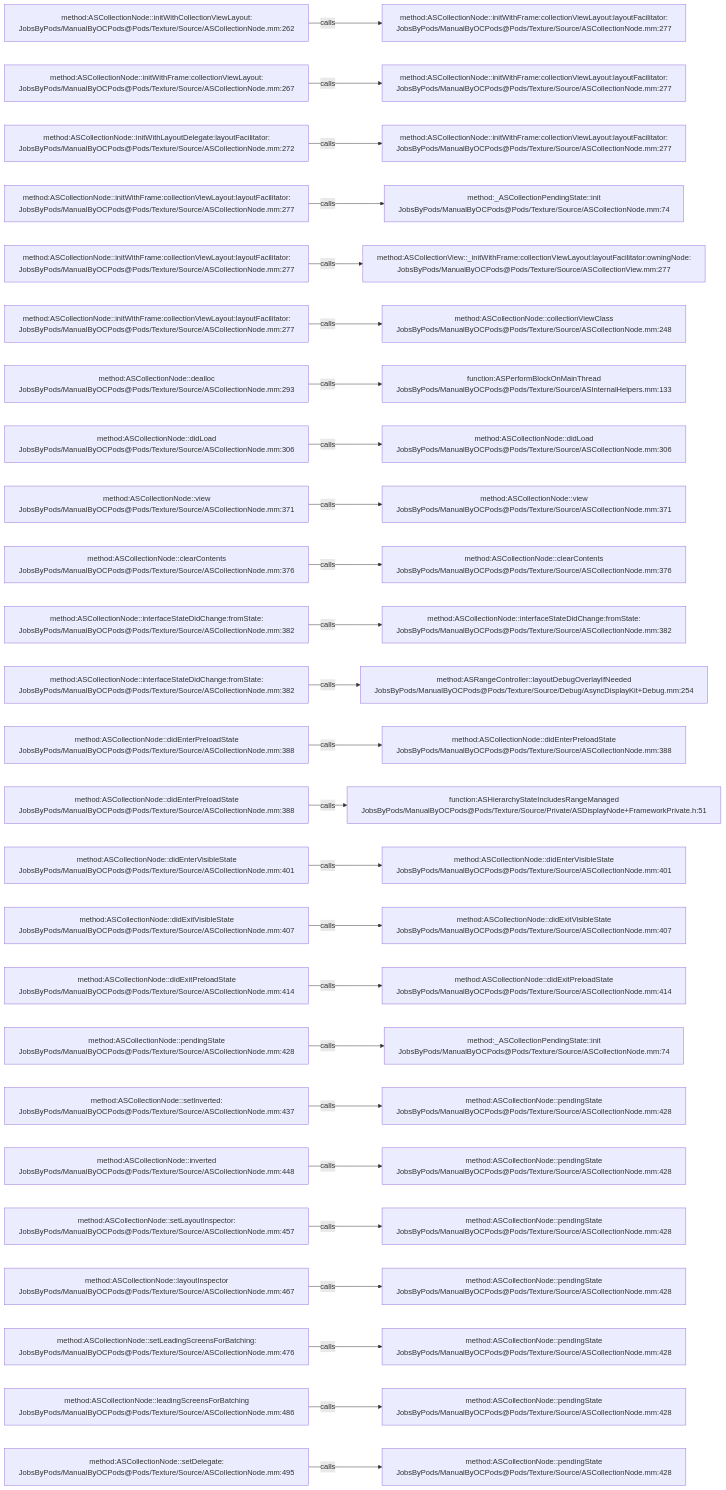
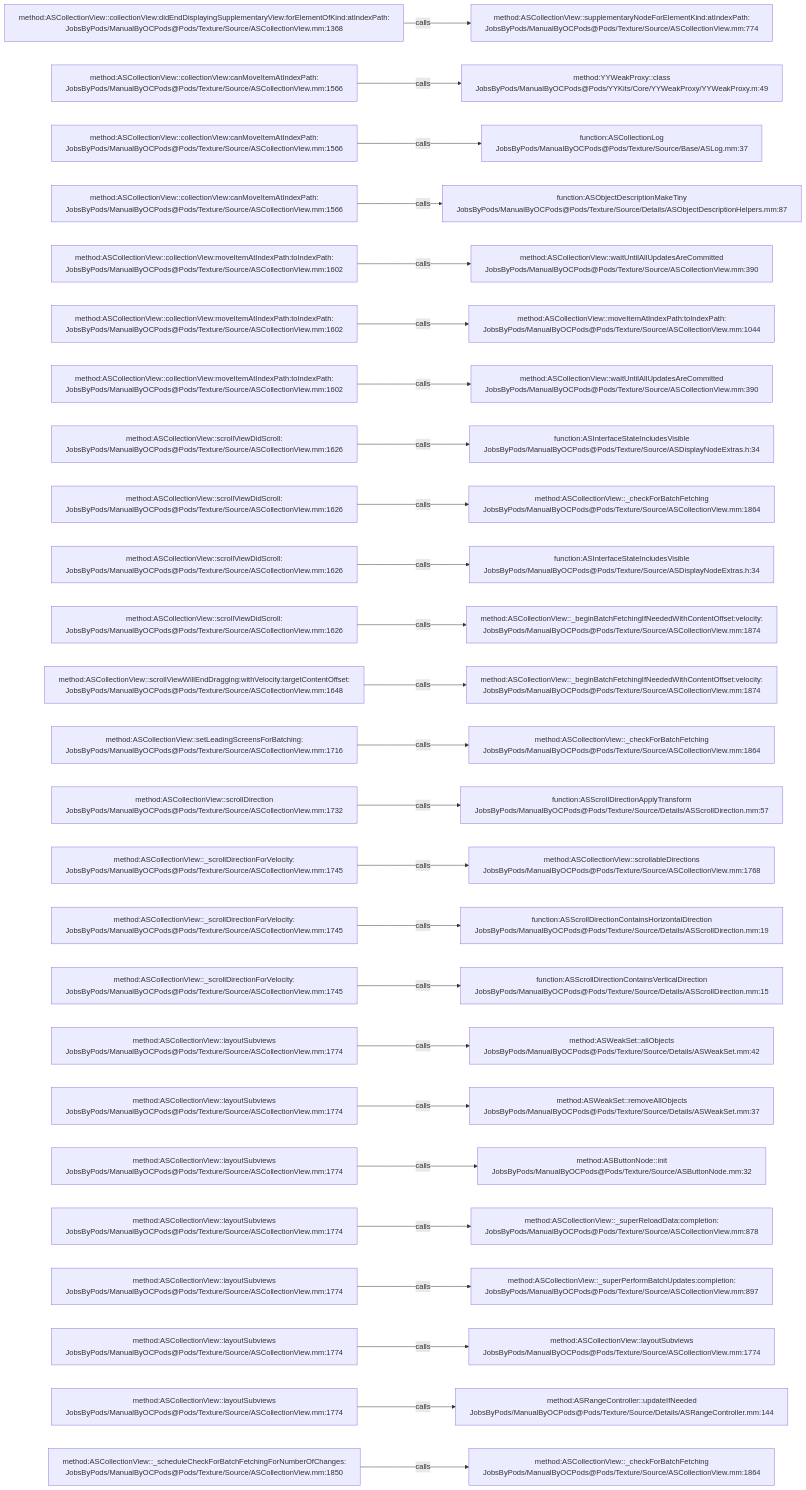
One commit to JobsKits/JobsOCBaseConfigDemo changed the diagram in .codegraph/codegraph.md/graphs/calls-084.md. Above: the diagram before and after it, drawn with Mermaid. The commit also changed 1223 other files, not shown here.

````diff
--- a/.codegraph/codegraph.md/graphs/calls-084.md
+++ b/.codegraph/codegraph.md/graphs/calls-084.md
@@ -13,78 +13,78 @@
 ```mermaid
 flowchart LR
-  S1["method:ASCollectionNode::initWithCollectionViewLayout:<br/>JobsByPods/ManualByOCPods@Pods/Texture/Source/ASCollectionNode.mm:262"]
-  T1["method:ASCollectionNode::initWithFrame:collectionViewLayout:layoutFacilitator:<br/>JobsByPods/ManualByOCPods@Pods/Texture/Source/ASCollectionNode.mm:277"]
+  S1["method:ASCollectionView::collectionView:didEndDisplayingSupplementaryView:forElementOfKind:atIndexPath:<br/>JobsByPods/ManualByOCPods@Pods/Texture/Source/ASCollectionView.mm:1368"]
+  T1["method:ASCollectionView::supplementaryNodeForElementKind:atIndexPath:<br/>JobsByPods/ManualByOCPods@Pods/Texture/Source/ASCollectionView.mm:774"]
   S1 -->|calls| T1
-  S2["method:ASCollectionNode::initWithFrame:collectionViewLayout:<br/>JobsByPods/ManualByOCPods@Pods/Texture/Source/ASCollectionNode.mm:267"]
-  T2["method:ASCollectionNode::initWithFrame:collectionViewLayout:layoutFacilitator:<br/>JobsByPods/ManualByOCPods@Pods/Texture/Source/ASCollectionNode.mm:277"]
+  S2["method:ASCollectionView::collectionView:canMoveItemAtIndexPath:<br/>JobsByPods/ManualByOCPods@Pods/Texture/Source/ASCollectionView.mm:1566"]
+  T2["method:YYWeakProxy::class<br/>JobsByPods/ManualByOCPods@Pods/YYKits/Core/YYWeakProxy/YYWeakProxy.m:49"]
   S2 -->|calls| T2
-  S3["method:ASCollectionNode::initWithLayoutDelegate:layoutFacilitator:<br/>JobsByPods/ManualByOCPods@Pods/Texture/Source/ASCollectionNode.mm:272"]
-  T3["method:ASCollectionNode::initWithFrame:collectionViewLayout:layoutFacilitator:<br/>JobsByPods/ManualByOCPods@Pods/Texture/Source/ASCollectionNode.mm:277"]
+  S3["method:ASCollectionView::collectionView:canMoveItemAtIndexPath:<br/>JobsByPods/ManualByOCPods@Pods/Texture/Source/ASCollectionView.mm:1566"]
+  T3["function:ASCollectionLog<br/>JobsByPods/ManualByOCPods@Pods/Texture/Source/Base/ASLog.mm:37"]
   S3 -->|calls| T3
-  S4["method:ASCollectionNode::initWithFrame:collectionViewLayout:layoutFacilitator:<br/>JobsByPods/ManualByOCPods@Pods/Texture/Source/ASCollectionNode.mm:277"]
-  T4["method:_ASCollectionPendingState::init<br/>JobsByPods/ManualByOCPods@Pods/Texture/Source/ASCollectionNode.mm:74"]
+  S4["method:ASCollectionView::collectionView:canMoveItemAtIndexPath:<br/>JobsByPods/ManualByOCPods@Pods/Texture/Source/ASCollectionView.mm:1566"]
+  T4["function:ASObjectDescriptionMakeTiny<br/>JobsByPods/ManualByOCPods@Pods/Texture/Source/Details/ASObjectDescriptionHelpers.mm:87"]
   S4 -->|calls| T4
-  S5["method:ASCollectionNode::initWithFrame:collectionViewLayout:layoutFacilitator:<br/>JobsByPods/ManualByOCPods@Pods/Texture/Source/ASCollectionNode.mm:277"]
-  T5["method:ASCollectionView::_initWithFrame:collectionViewLayout:layoutFacilitator:owningNode:<br/>JobsByPods/ManualByOCPods@Pods/Texture/Source/ASCollectionView.mm:277"]
+  S5["method:ASCollectionView::collectionView:moveItemAtIndexPath:toIndexPath:<br/>JobsByPods/ManualByOCPods@Pods/Texture/Source/ASCollectionView.mm:1602"]
+  T5["method:ASCollectionView::waitUntilAllUpdatesAreCommitted<br/>JobsByPods/ManualByOCPods@Pods/Texture/Source/ASCollectionView.mm:390"]
   S5 -->|calls| T5
-  S6["method:ASCollectionNode::initWithFrame:collectionViewLayout:layoutFacilitator:<br/>JobsByPods/ManualByOCPods@Pods/Texture/Source/ASCollectionNode.mm:277"]
-  T6["method:ASCollectionNode::collectionViewClass<br/>JobsByPods/ManualByOCPods@Pods/Texture/Source/ASCollectionNode.mm:248"]
+  S6["method:ASCollectionView::collectionView:moveItemAtIndexPath:toIndexPath:<br/>JobsByPods/ManualByOCPods@Pods/Texture/Source/ASCollectionView.mm:1602"]
+  T6["method:ASCollectionView::moveItemAtIndexPath:toIndexPath:<br/>JobsByPods/ManualByOCPods@Pods/Texture/Source/ASCollectionView.mm:1044"]
   S6 -->|calls| T6
-  S7["method:ASCollectionNode::dealloc<br/>JobsByPods/ManualByOCPods@Pods/Texture/Source/ASCollectionNode.mm:293"]
-  T7["function:ASPerformBlockOnMainThread<br/>JobsByPods/ManualByOCPods@Pods/Texture/Source/ASInternalHelpers.mm:133"]
+  S7["method:ASCollectionView::collectionView:moveItemAtIndexPath:toIndexPath:<br/>JobsByPods/ManualByOCPods@Pods/Texture/Source/ASCollectionView.mm:1602"]
+  T7["method:ASCollectionView::waitUntilAllUpdatesAreCommitted<br/>JobsByPods/ManualByOCPods@Pods/Texture/Source/ASCollectionView.mm:390"]
   S7 -->|calls| T7
-  S8["method:ASCollectionNode::didLoad<br/>JobsByPods/ManualByOCPods@Pods/Texture/Source/ASCollectionNode.mm:306"]
-  T8["method:ASCollectionNode::didLoad<br/>JobsByPods/ManualByOCPods@Pods/Texture/Source/ASCollectionNode.mm:306"]
+  S8["method:ASCollectionView::scrollViewDidScroll:<br/>JobsByPods/ManualByOCPods@Pods/Texture/Source/ASCollectionView.mm:1626"]
+  T8["function:ASInterfaceStateIncludesVisible<br/>JobsByPods/ManualByOCPods@Pods/Texture/Source/ASDisplayNodeExtras.h:34"]
   S8 -->|calls| T8
-  S9["method:ASCollectionNode::view<br/>JobsByPods/ManualByOCPods@Pods/Texture/Source/ASCollectionNode.mm:371"]
-  T9["method:ASCollectionNode::view<br/>JobsByPods/ManualByOCPods@Pods/Texture/Source/ASCollectionNode.mm:371"]
+  S9["method:ASCollectionView::scrollViewDidScroll:<br/>JobsByPods/ManualByOCPods@Pods/Texture/Source/ASCollectionView.mm:1626"]
+  T9["method:ASCollectionView::_checkForBatchFetching<br/>JobsByPods/ManualByOCPods@Pods/Texture/Source/ASCollectionView.mm:1864"]
   S9 -->|calls| T9
-  S10["method:ASCollectionNode::clearContents<br/>JobsByPods/ManualByOCPods@Pods/Texture/Source/ASCollectionNode.mm:376"]
-  T10["method:ASCollectionNode::clearContents<br/>JobsByPods/ManualByOCPods@Pods/Texture/Source/ASCollectionNode.mm:376"]
+  S10["method:ASCollectionView::scrollViewDidScroll:<br/>JobsByPods/ManualByOCPods@Pods/Texture/Source/ASCollectionView.mm:1626"]
+  T10["function:ASInterfaceStateIncludesVisible<br/>JobsByPods/ManualByOCPods@Pods/Texture/Source/ASDisplayNodeExtras.h:34"]
   S10 -->|calls| T10
-  S11["method:ASCollectionNode::interfaceStateDidChange:fromState:<br/>JobsByPods/ManualByOCPods@Pods/Texture/Source/ASCollectionNode.mm:382"]
-  T11["method:ASCollectionNode::interfaceStateDidChange:fromState:<br/>JobsByPods/ManualByOCPods@Pods/Texture/Source/ASCollectionNode.mm:382"]
+  S11["method:ASCollectionView::scrollViewDidScroll:<br/>JobsByPods/ManualByOCPods@Pods/Texture/Source/ASCollectionView.mm:1626"]
+  T11["method:ASCollectionView::_beginBatchFetchingIfNeededWithContentOffset:velocity:<br/>JobsByPods/ManualByOCPods@Pods/Texture/Source/ASCollectionView.mm:1874"]
   S11 -->|calls| T11
-  S12["method:ASCollectionNode::interfaceStateDidChange:fromState:<br/>JobsByPods/ManualByOCPods@Pods/Texture/Source/ASCollectionNode.mm:382"]
-  T12["method:ASRangeController::layoutDebugOverlayIfNeeded<br/>JobsByPods/ManualByOCPods@Pods/Texture/Source/Debug/AsyncDisplayKit+Debug.mm:254"]
+  S12["method:ASCollectionView::scrollViewWillEndDragging:withVelocity:targetContentOffset:<br/>JobsByPods/ManualByOCPods@Pods/Texture/Source/ASCollectionView.mm:1648"]
+  T12["method:ASCollectionView::_beginBatchFetchingIfNeededWithContentOffset:velocity:<br/>JobsByPods/ManualByOCPods@Pods/Texture/Source/ASCollectionView.mm:1874"]
   S12 -->|calls| T12
-  S13["method:ASCollectionNode::didEnterPreloadState<br/>JobsByPods/ManualByOCPods@Pods/Texture/Source/ASCollectionNode.mm:388"]
-  T13["method:ASCollectionNode::didEnterPreloadState<br/>JobsByPods/ManualByOCPods@Pods/Texture/Source/ASCollectionNode.mm:388"]
+  S13["method:ASCollectionView::setLeadingScreensForBatching:<br/>JobsByPods/ManualByOCPods@Pods/Texture/Source/ASCollectionView.mm:1716"]
+  T13["method:ASCollectionView::_checkForBatchFetching<br/>JobsByPods/ManualByOCPods@Pods/Texture/Source/ASCollectionView.mm:1864"]
   S13 -->|calls| T13
-  S14["method:ASCollectionNode::didEnterPreloadState<br/>JobsByPods/ManualByOCPods@Pods/Texture/Source/ASCollectionNode.mm:388"]
-  T14["function:ASHierarchyStateIncludesRangeManaged<br/>JobsByPods/ManualByOCPods@Pods/Texture/Source/Private/ASDisplayNode+FrameworkPrivate.h:51"]
+  S14["method:ASCollectionView::scrollDirection<br/>JobsByPods/ManualByOCPods@Pods/Texture/Source/ASCollectionView.mm:1732"]
+  T14["function:ASScrollDirectionApplyTransform<br/>JobsByPods/ManualByOCPods@Pods/Texture/Source/Details/ASScrollDirection.mm:57"]
   S14 -->|calls| T14
-  S15["method:ASCollectionNode::didEnterVisibleState<br/>JobsByPods/ManualByOCPods@Pods/Texture/Source/ASCollectionNode.mm:401"]
-  T15["method:ASCollectionNode::didEnterVisibleState<br/>JobsByPods/ManualByOCPods@Pods/Texture/Source/ASCollectionNode.mm:401"]
+  S15["method:ASCollectionView::_scrollDirectionForVelocity:<br/>JobsByPods/ManualByOCPods@Pods/Texture/Source/ASCollectionView.mm:1745"]
+  T15["method:ASCollectionView::scrollableDirections<br/>JobsByPods/ManualByOCPods@Pods/Texture/Source/ASCollectionView.mm:1768"]
   S15 -->|calls| T15
-  S16["method:ASCollectionNode::didExitVisibleState<br/>JobsByPods/ManualByOCPods@Pods/Texture/Source/ASCollectionNode.mm:407"]
-  T16["method:ASCollectionNode::didExitVisibleState<br/>JobsByPods/ManualByOCPods@Pods/Texture/Source/ASCollectionNode.mm:407"]
+  S16["method:ASCollectionView::_scrollDirectionForVelocity:<br/>JobsByPods/ManualByOCPods@Pods/Texture/Source/ASCollectionView.mm:1745"]
+  T16["function:ASScrollDirectionContainsHorizontalDirection<br/>JobsByPods/ManualByOCPods@Pods/Texture/Source/Details/ASScrollDirection.mm:19"]
   S16 -->|calls| T16
-  S17["method:ASCollectionNode::didExitPreloadState<br/>JobsByPods/ManualByOCPods@Pods/Texture/Source/ASCollectionNode.mm:414"]
-  T17["method:ASCollectionNode::didExitPreloadState<br/>JobsByPods/ManualByOCPods@Pods/Texture/Source/ASCollectionNode.mm:414"]
+  S17["method:ASCollectionView::_scrollDirectionForVelocity:<br/>JobsByPods/ManualByOCPods@Pods/Texture/Source/ASCollectionView.mm:1745"]
+  T17["function:ASScrollDirectionContainsVerticalDirection<br/>JobsByPods/ManualByOCPods@Pods/Texture/Source/Details/ASScrollDirection.mm:15"]
   S17 -->|calls| T17
-  S18["method:ASCollectionNode::pendingState<br/>JobsByPods/ManualByOCPods@Pods/Texture/Source/ASCollectionNode.mm:428"]
-  T18["method:_ASCollectionPendingState::init<br/>JobsByPods/ManualByOCPods@Pods/Texture/Source/ASCollectionNode.mm:74"]
+  S18["method:ASCollectionView::layoutSubviews<br/>JobsByPods/ManualByOCPods@Pods/Texture/Source/ASCollectionView.mm:1774"]
+  T18["method:ASWeakSet::allObjects<br/>JobsByPods/ManualByOCPods@Pods/Texture/Source/Details/ASWeakSet.mm:42"]
   S18 -->|calls| T18
-  S19["method:ASCollectionNode::setInverted:<br/>JobsByPods/ManualByOCPods@Pods/Texture/Source/ASCollectionNode.mm:437"]
-  T19["method:ASCollectionNode::pendingState<br/>JobsByPods/ManualByOCPods@Pods/Texture/Source/ASCollectionNode.mm:428"]
+  S19["method:ASCollectionView::layoutSubviews<br/>JobsByPods/ManualByOCPods@Pods/Texture/Source/ASCollectionView.mm:1774"]
+  T19["method:ASWeakSet::removeAllObjects<br/>JobsByPods/ManualByOCPods@Pods/Texture/Source/Details/ASWeakSet.mm:37"]
   S19 -->|calls| T19
-  S20["method:ASCollectionNode::inverted<br/>JobsByPods/ManualByOCPods@Pods/Texture/Source/ASCollectionNode.mm:448"]
-  T20["method:ASCollectionNode::pendingState<br/>JobsByPods/ManualByOCPods@Pods/Texture/Source/ASCollectionNode.mm:428"]
+  S20["method:ASCollectionView::layoutSubviews<br/>JobsByPods/ManualByOCPods@Pods/Texture/Source/ASCollectionView.mm:1774"]
+  T20["method:ASButtonNode::init<br/>JobsByPods/ManualByOCPods@Pods/Texture/Source/ASButtonNode.mm:32"]
   S20 -->|calls| T20
-  S21["method:ASCollectionNode::setLayoutInspector:<br/>JobsByPods/ManualByOCPods@Pods/Texture/Source/ASCollectionNode.mm:457"]
-  T21["method:ASCollectionNode::pendingState<br/>JobsByPods/ManualByOCPods@Pods/Texture/Source/ASCollectionNode.mm:428"]
+  S21["method:ASCollectionView::layoutSubviews<br/>JobsByPods/ManualByOCPods@Pods/Texture/Source/ASCollectionView.mm:1774"]
+  T21["method:ASCollectionView::_superReloadData:completion:<br/>JobsByPods/ManualByOCPods@Pods/Texture/Source/ASCollectionView.mm:878"]
   S21 -->|calls| T21
-  S22["method:ASCollectionNode::layoutInspector<br/>JobsByPods/ManualByOCPods@Pods/Texture/Source/ASCollectionNode.mm:467"]
-  T22["method:ASCollectionNode::pendingState<br/>JobsByPods/ManualByOCPods@Pods/Texture/Source/ASCollectionNode.mm:428"]
+  S22["method:ASCollectionView::layoutSubviews<br/>JobsByPods/ManualByOCPods@Pods/Texture/Source/ASCollectionView.mm:1774"]
+  T22["method:ASCollectionView::_superPerformBatchUpdates:completion:<br/>JobsByPods/ManualByOCPods@Pods/Texture/Source/ASCollectionView.mm:897"]
   S22 -->|calls| T22
-  S23["method:ASCollectionNode::setLeadingScreensForBatching:<br/>JobsByPods/ManualByOCPods@Pods/Texture/Source/ASCollectionNode.mm:476"]
-  T23["method:ASCollectionNode::pendingState<br/>JobsByPods/ManualByOCPods@Pods/Texture/Source/ASCollectionNode.mm:428"]
+  S23["method:ASCollectionView::layoutSubviews<br/>JobsByPods/ManualByOCPods@Pods/Texture/Source/ASCollectionView.mm:1774"]
+  T23["method:ASCollectionView::layoutSubviews<br/>JobsByPods/ManualByOCPods@Pods/Texture/Source/ASCollectionView.mm:1774"]
   S23 -->|calls| T23
-  S24["method:ASCollectionNode::leadingScreensForBatching<br/>JobsByPods/ManualByOCPods@Pods/Texture/Source/ASCollectionNode.mm:486"]
-  T24["method:ASCollectionNode::pendingState<br/>JobsByPods/ManualByOCPods@Pods/Texture/Source/ASCollectionNode.mm:428"]
+  S24["method:ASCollectionView::layoutSubviews<br/>JobsByPods/ManualByOCPods@Pods/Texture/Source/ASCollectionView.mm:1774"]
+  T24["method:ASRangeController::updateIfNeeded<br/>JobsByPods/ManualByOCPods@Pods/Texture/Source/Details/ASRangeController.mm:144"]
   S24 -->|calls| T24
-  S25["method:ASCollectionNode::setDelegate:<br/>JobsByPods/ManualByOCPods@Pods/Texture/Source/ASCollectionNode.mm:495"]
-  T25["method:ASCollectionNode::pendingState<br/>JobsByPods/ManualByOCPods@Pods/Texture/Source/ASCollectionNode.mm:428"]
+  S25["method:ASCollectionView::_scheduleCheckForBatchFetchingForNumberOfChanges:<br/>JobsByPods/ManualByOCPods@Pods/Texture/Source/ASCollectionView.mm:1850"]
+  T25["method:ASCollectionView::_checkForBatchFetching<br/>JobsByPods/ManualByOCPods@Pods/Texture/Source/ASCollectionView.mm:1864"]
   S25 -->|calls| T25
 ```
````
